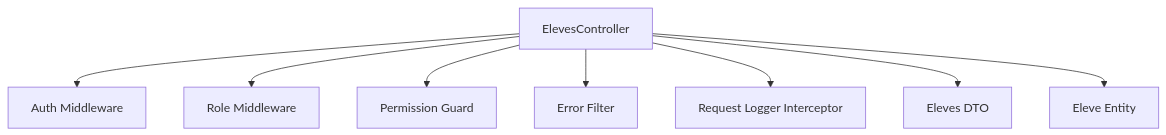
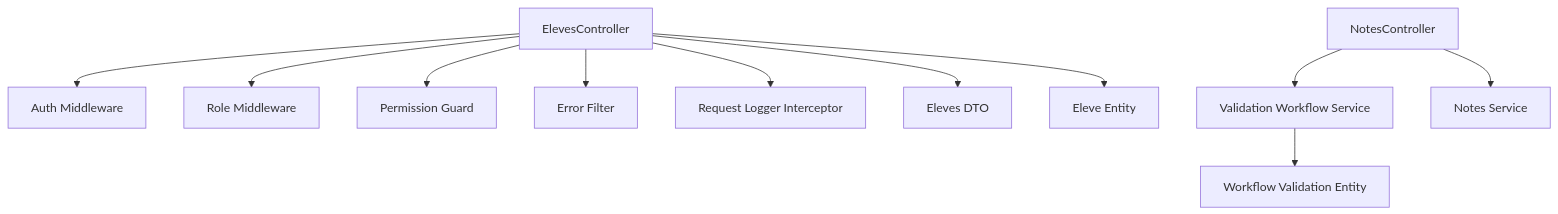
The eighth of 8 diagrams in .qoder/repowiki/en/content/Backend API Documentation/Academic Management API.md (franckylab/eLISAschool), drawn with Mermaid before and after one commit. The commit also changed other lines of this file and 358 other files, not shown here.

First line of the commit message:
feat(validation): intégrer le système de workflow de validation

````diff
--- a/.qoder/repowiki/en/content/Backend API Documentation/Academic Management API.md
+++ b/.qoder/repowiki/en/content/Backend API Documentation/Academic Management API.md
@@ -464,10 +567,13 @@
 ```mermaid
 graph TB
 ElevesCtrl["ElevesController"] --> AuthMW["Auth Middleware"]
 ElevesCtrl --> RoleMW["Role Middleware"]
 ElevesCtrl --> Guard["Permission Guard"]
 ElevesCtrl --> ErrorF["Error Filter"]
 ElevesCtrl --> LoggerI["Request Logger Interceptor"]
 ElevesCtrl --> ElevesDTO["Eleves DTO"]
 ElevesCtrl --> EleveEntity["Eleve Entity"]
+NotesCtrl["NotesController"] --> ValidationService["Validation Workflow Service"]
+NotesCtrl --> NotesService["Notes Service"]
+ValidationService --> WorkflowEntity["Workflow Validation Entity"]
 ```
````
